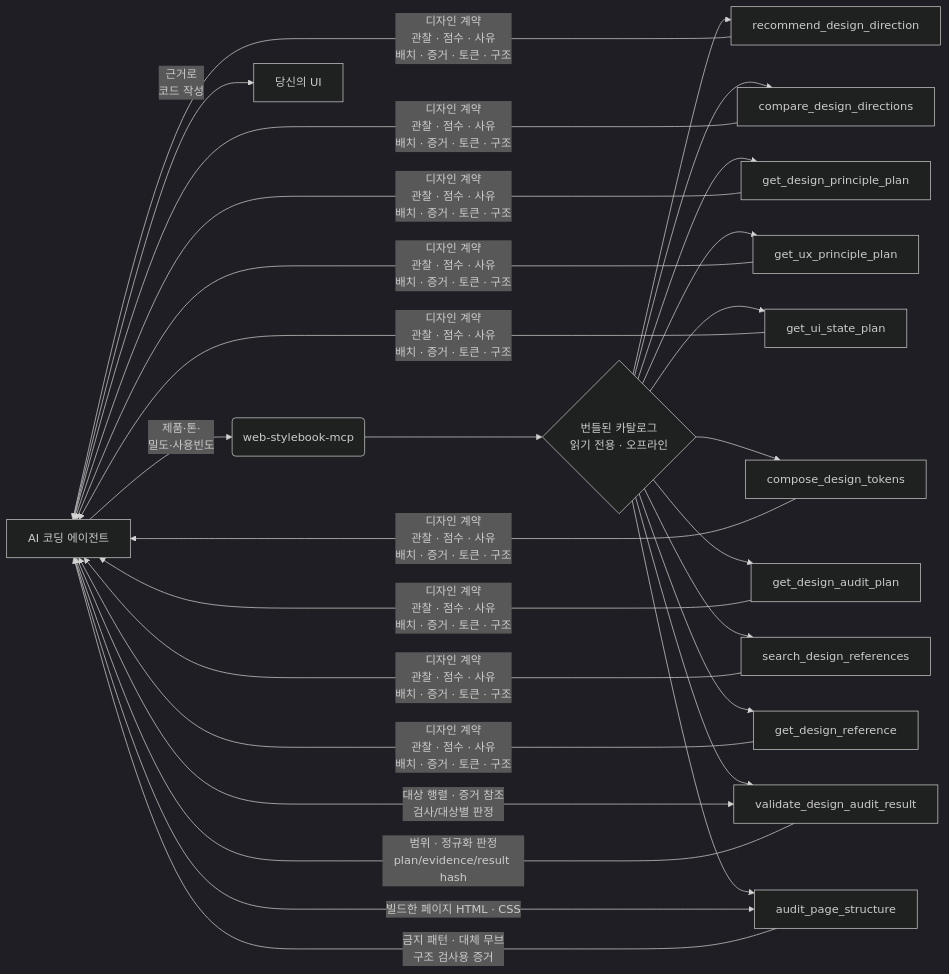
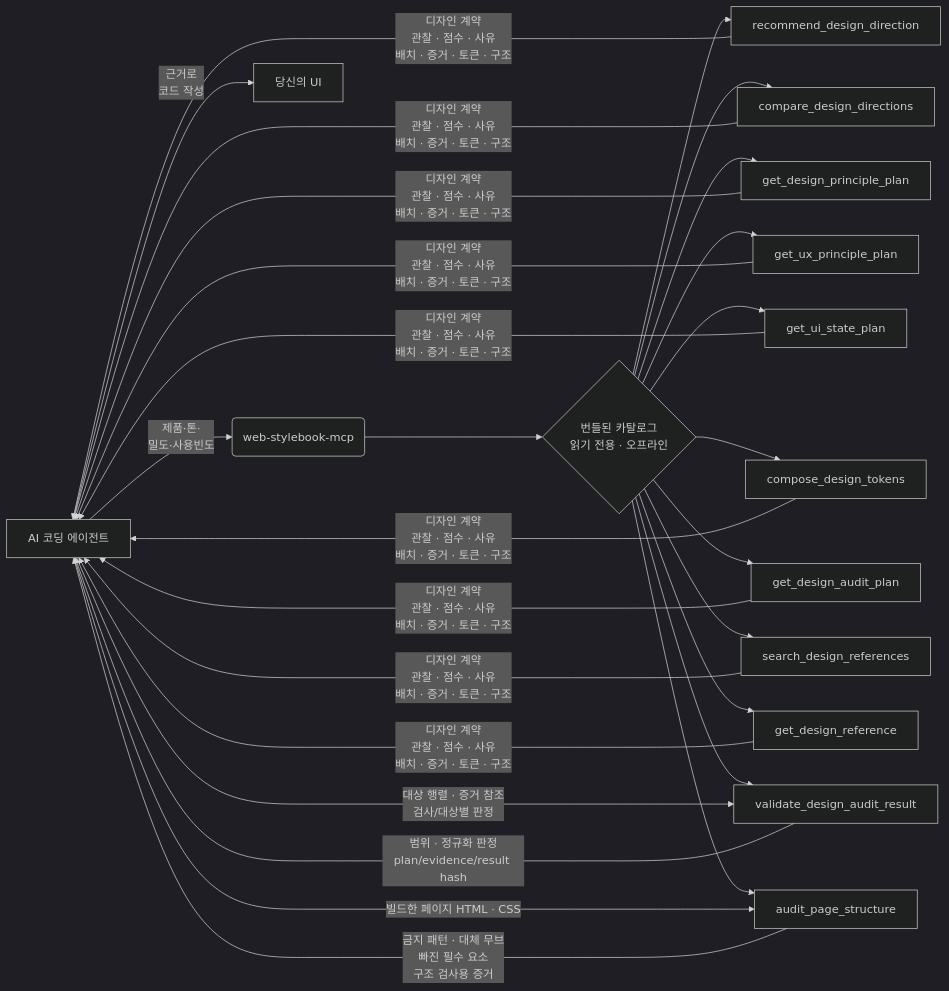
Before and after one commit to seungdori/web-stylebook-mcp: the diagram in README.ko.md, drawn with Mermaid (dark theme). The commit also changed other lines of this file and 42 other files, not shown here.

````diff
--- a/README.ko.md
+++ b/README.ko.md
@@ -174,22 +235,22 @@
 ```mermaid
 flowchart LR
     A[AI 코딩 에이전트] -->|제품·톤·<br/>밀도·사용빈도| B(web-stylebook-mcp)
     B --> C{번들된 카탈로그<br/>읽기 전용 · 오프라인}
     C --> D[recommend_design_direction]
     C --> E[compare_design_directions]
     C --> F[get_design_principle_plan]
     C --> G[get_ux_principle_plan]
     C --> H[get_ui_state_plan]
     C --> I[compose_design_tokens]
     C --> J[get_design_audit_plan]
     C --> K[search_design_references]
     C --> L[get_design_reference]
     C --> M[validate_design_audit_result]
     C --> N[audit_page_structure]
     D & E & F & G & H & I & J & K & L -->|디자인 계약<br/>관찰 · 점수 · 사유<br/>배치 · 증거 · 토큰 · 구조| A
     A -->|빌드한 페이지 HTML · CSS| N
-    N -->|금지 패턴 · 대체 무브<br/>구조 검사용 증거| A
+    N -->|금지 패턴 · 대체 무브<br/>빠진 필수 요소<br/>구조 검사용 증거| A
     A -->|대상 행렬 · 증거 참조<br/>검사/대상별 판정| M
     M -->|범위 · 정규화 판정<br/>plan/evidence/result hash| A
     A -->|근거로<br/>코드 작성| Z[당신의 UI]
 ```
````
